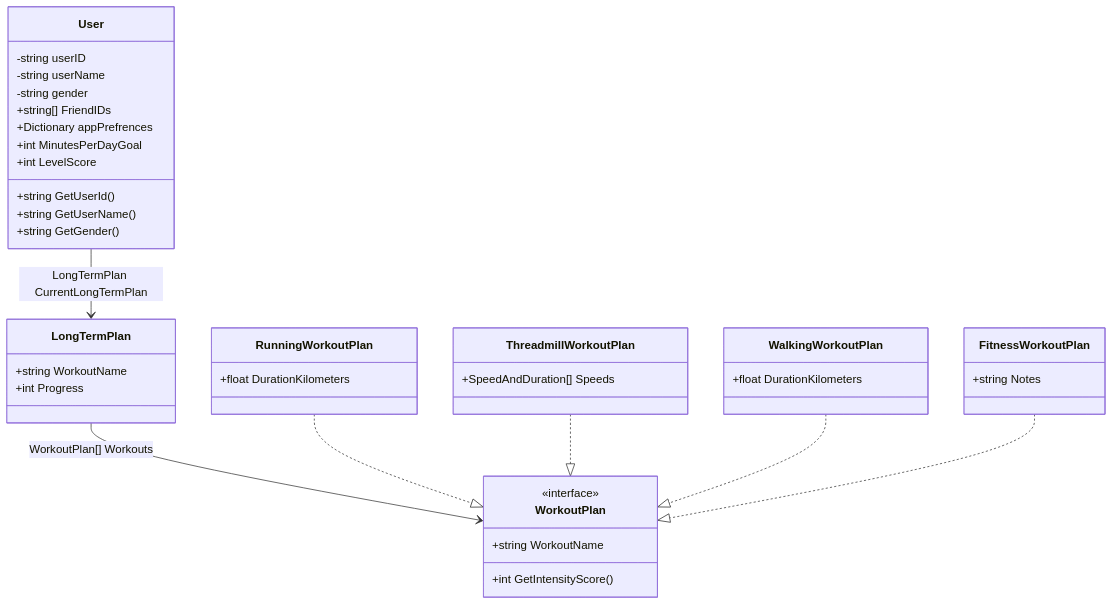
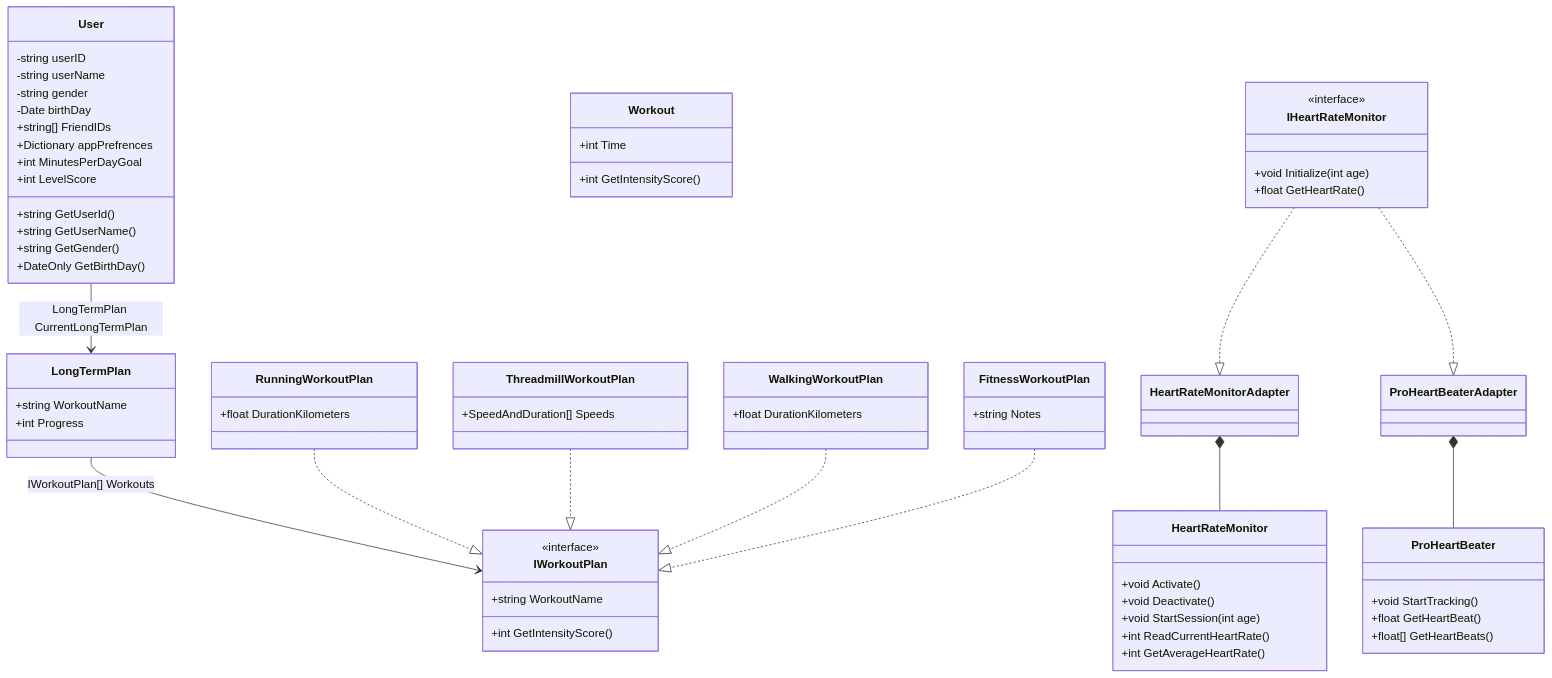
Before and after one commit to SteHun/WorkoutappAssignment: the diagram in classDiagram.md, drawn with Mermaid.

Commit message:
Added heart rate monitors

````diff
--- a/classDiagram.md
+++ b/classDiagram.md
@@ -5,6 +5,7 @@
     -string userID
     -string userName
     -string gender
+    -Date birthDay
     +string[] FriendIDs
     +Dictionary<string, string> appPrefrences
     +int MinutesPerDayGoal
@@ -12,6 +13,7 @@
     +string GetUserId()
     +string GetUserName()
     +string GetGender()
+    +DateOnly GetBirthDay()
 }
 
 User --> LongTermPlan : LongTermPlan CurrentLongTermPlan
@@ -20,33 +22,71 @@
     +int Progress
 }
 
-LongTermPlan --> WorkoutPlan : WorkoutPlan[] Workouts
-<<interface>> WorkoutPlan
-class WorkoutPlan{
+LongTermPlan --> IWorkoutPlan : IWorkoutPlan[] Workouts
+<<interface>> IWorkoutPlan
+class I WorkoutPlan{
     +string WorkoutName
     +int GetIntensityScore()
 }
 
-RunningWorkoutPlan ..|> WorkoutPlan
+RunningWorkoutPlan ..|> IWorkoutPlan
 
 class RunningWorkoutPlan{
     +float DurationKilometers
 }
-ThreadmillWorkoutPlan ..|> WorkoutPlan 
+ThreadmillWorkoutPlan ..|> IWorkoutPlan 
 
 class ThreadmillWorkoutPlan{
     +SpeedAndDuration[] Speeds
 }
 
 
-WalkingWorkoutPlan ..|> WorkoutPlan 
+WalkingWorkoutPlan ..|> IWorkoutPlan 
 
 class WalkingWorkoutPlan{
     +float DurationKilometers
 }
-FitnessWorkoutPlan ..|> WorkoutPlan
+FitnessWorkoutPlan ..|> IWorkoutPlan
 
 class FitnessWorkoutPlan{
     +string Notes
 }
+
+class Workout{
+    +int Time
+    +int GetIntensityScore()
+}
+
+class HeartRateMonitor{
+    +void Activate()
+    +void Deactivate()
+    +void StartSession(int age)
+    +int ReadCurrentHeartRate()
+    +int GetAverageHeartRate()
+}
+
+class ProHeartBeater{
+    +void StartTracking()
+    +float GetHeartBeat()
+    +float[] GetHeartBeats()
+}
+
+class IHeartRateMonitor{
+    +void Initialize(int age)
+    +float GetHeartRate()
+}
+<<interface>> IHeartRateMonitor
+
+class HeartRateMonitorAdapter{
+    
+}
+IHeartRateMonitor ..|> HeartRateMonitorAdapter
+HeartRateMonitorAdapter *-- HeartRateMonitor
+
+class ProHeartBeaterAdapter{
+    
+}
+IHeartRateMonitor ..|> ProHeartBeaterAdapter
+ProHeartBeaterAdapter *-- ProHeartBeater
+
 ```
````
